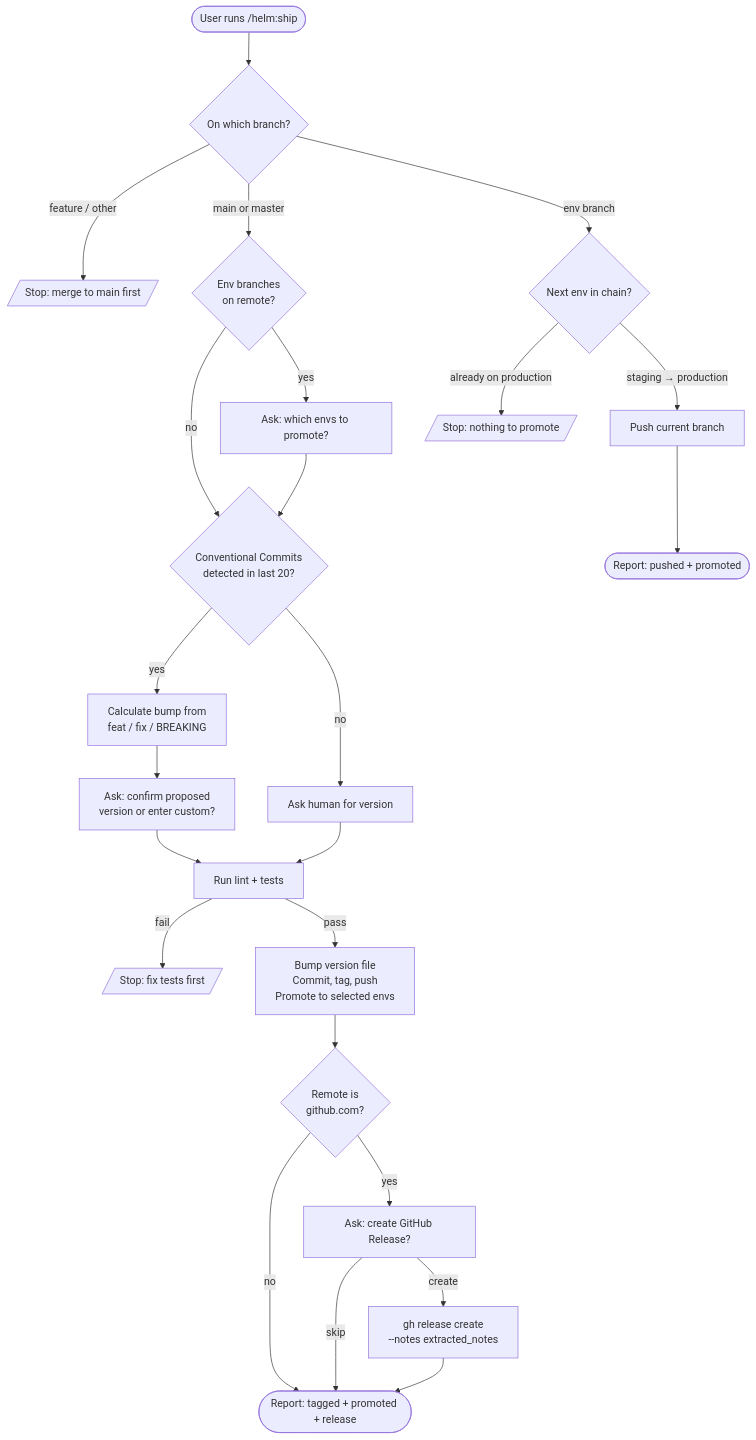
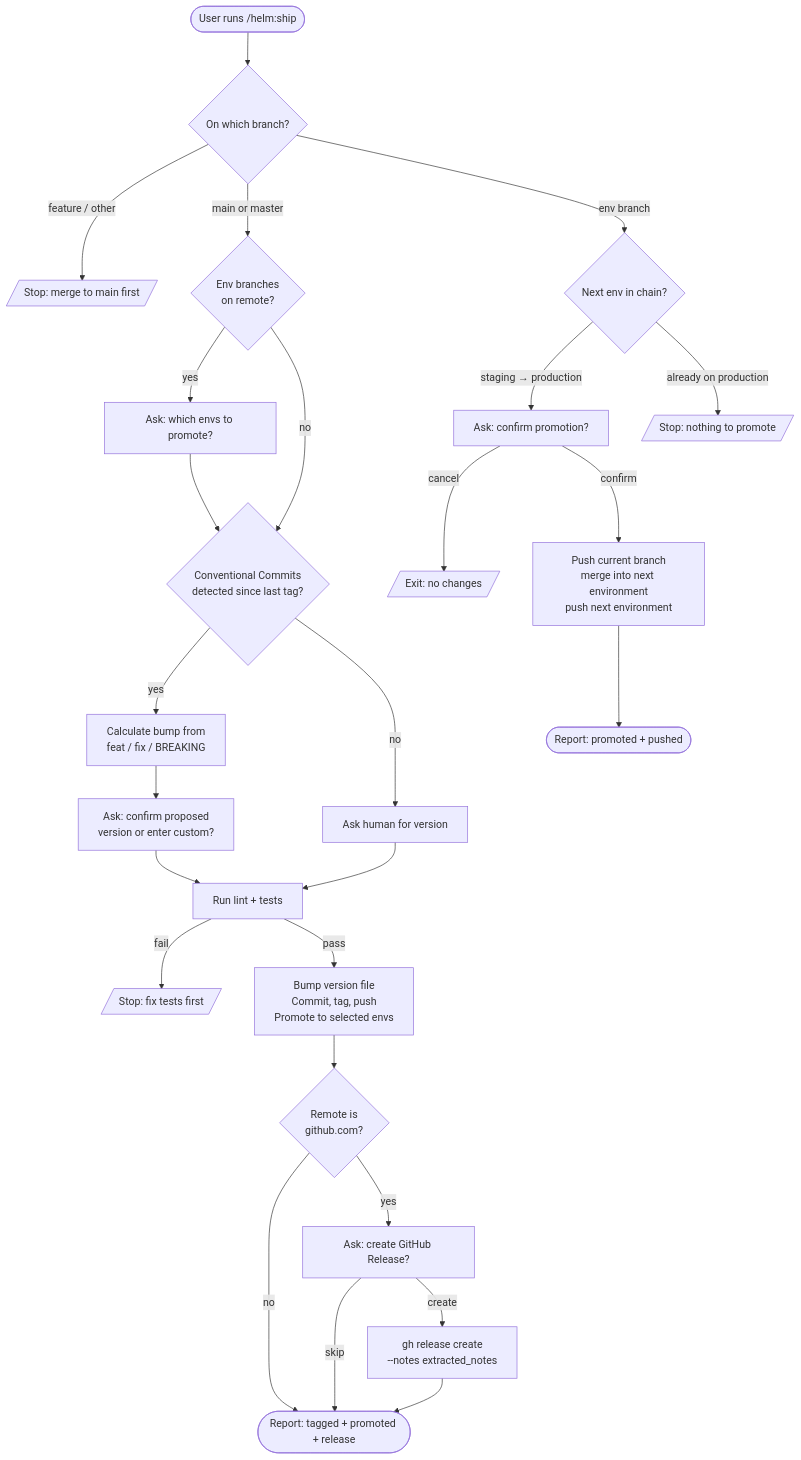
Before and after one commit to myowinthein/agent-helm: the diagram in docs/commands/ship.md, drawn with Mermaid. The commit also changed other lines of this file and 1 other file, not shown here.

````diff
--- a/docs/commands/ship.md
+++ b/docs/commands/ship.md
@@ -13,30 +13,32 @@
 ```mermaid
 flowchart TD
   Start([User runs /helm:ship]) --> Branch{On which branch?}
   Branch -->|feature / other| FeatStop[/Stop: merge to main first/]
   Branch -->|main or master| Targets{Env branches<br/>on remote?}
   Branch -->|env branch| EnvNext{Next env in chain?}
 
   Targets -->|yes| Pick[Ask: which envs to promote?]
   Targets -->|no| CC
-  Pick --> CC{Conventional Commits<br/>detected in last 20?}
+  Pick --> CC{Conventional Commits<br/>detected since last tag?}
 
   CC -->|yes| Calc[Calculate bump from<br/>feat / fix / BREAKING]
   CC -->|no| AskVersion[Ask human for version]
   Calc --> Confirm[Ask: confirm proposed<br/>version or enter custom?]
   Confirm --> Tests
   AskVersion --> Tests
 
   Tests[Run lint + tests] -->|fail| TestStop[/Stop: fix tests first/]
   Tests -->|pass| Release[Bump version file<br/>Commit, tag, push<br/>Promote to selected envs]
   Release --> GHCheck{Remote is<br/>github.com?}
   GHCheck -->|no| MainDone
   GHCheck -->|yes| GHConfirm[Ask: create GitHub Release?]
   GHConfirm -->|skip| MainDone
   GHConfirm -->|create| GHRelease[gh release create<br/>--notes extracted_notes]
   GHRelease --> MainDone([Report: tagged + promoted + release])
 
-  EnvNext -->|staging → production| EnvPush[Push current branch]
+  EnvNext -->|staging → production| EnvConfirm[Ask: confirm promotion?]
   EnvNext -->|already on production| EnvStop[/Stop: nothing to promote/]
-  EnvPush --> EnvDone([Report: pushed + promoted])
+  EnvConfirm -->|cancel| EnvCancelExit[/Exit: no changes/]
+  EnvConfirm -->|confirm| EnvMerge[Push current branch<br/>merge into next environment<br/>push next environment]
+  EnvMerge --> EnvDone([Report: promoted + pushed])
 ```
````
